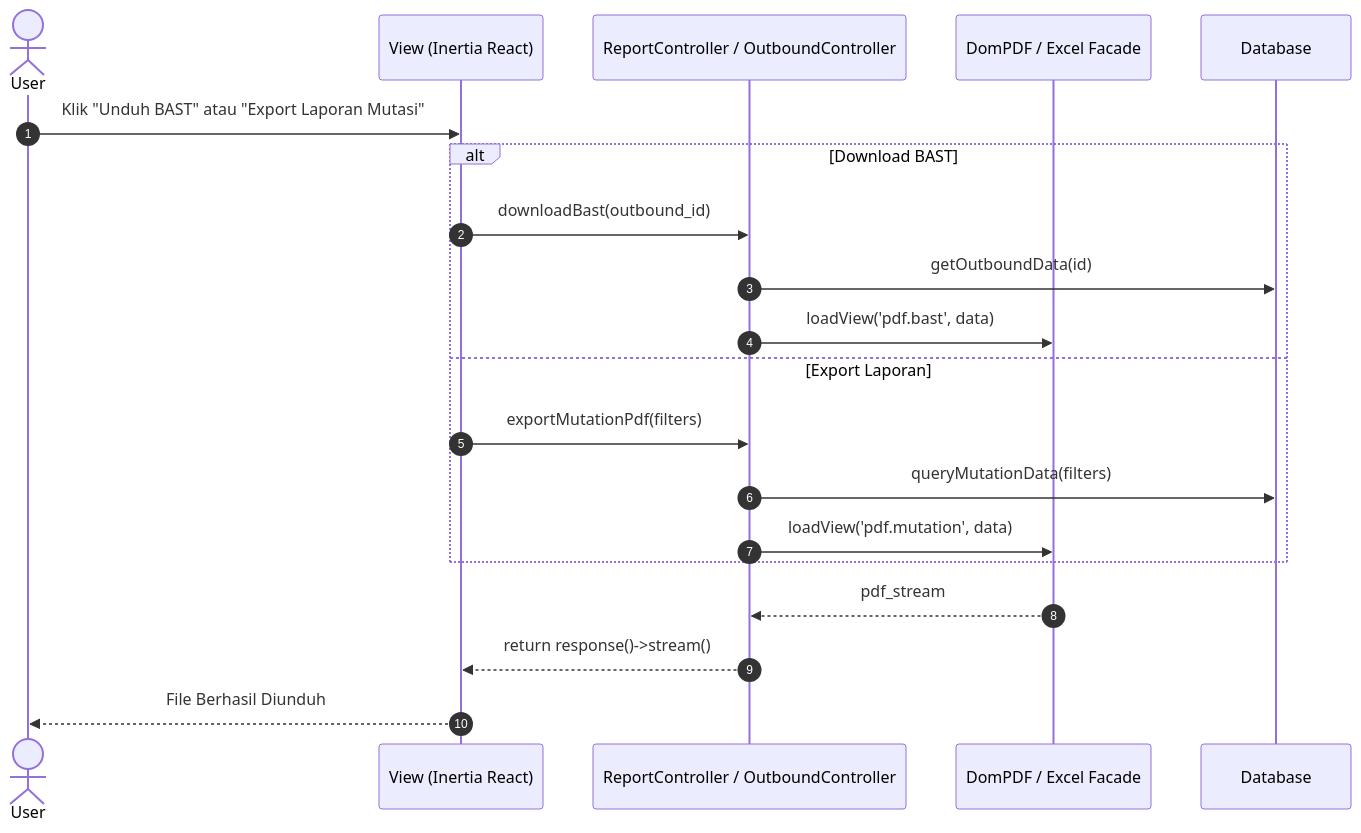
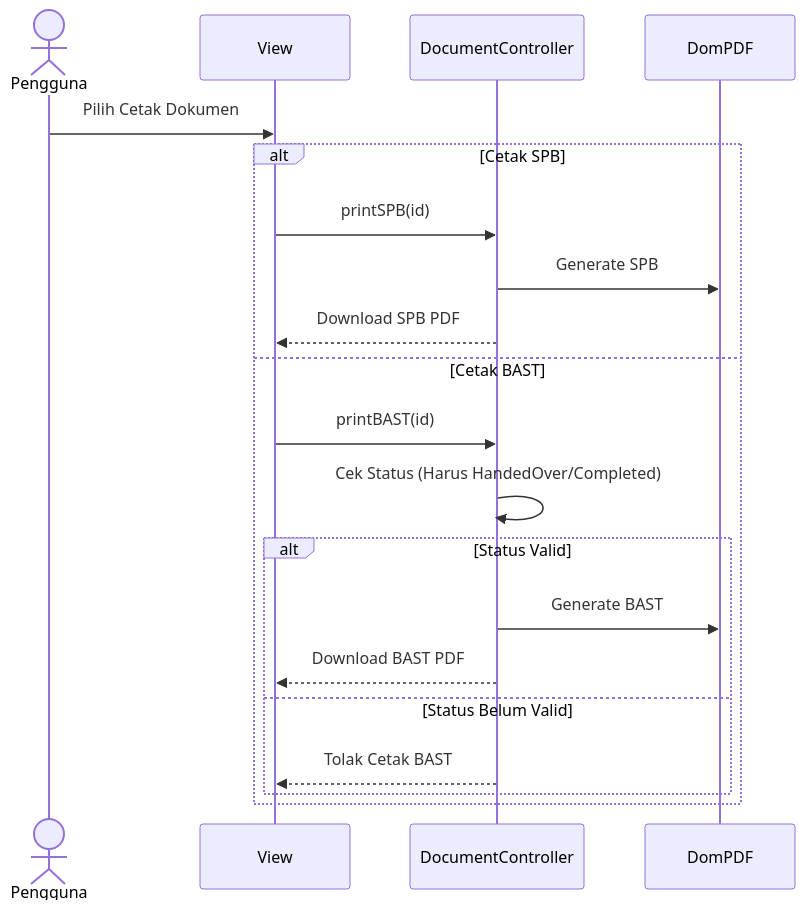
The tenth of 14 diagrams in laporan_sequence_diagram.md (wahyu2021/SIMPATIK), drawn with Mermaid before and after one commit. The commit also changed other lines of this file and 34 other files, not shown here.

````diff
--- a/laporan_sequence_diagram.md
+++ b/laporan_sequence_diagram.md
@@ -184,25 +256,24 @@
 ```mermaid
 sequenceDiagram
-    autonumber
-    actor U as User
-    participant V as View (Inertia React)
-    participant C as ReportController / OutboundController
-    participant PDF as DomPDF / Excel Facade
-    participant DB as Database
+    actor U as Pengguna
+    participant V as View
+    participant C as DocumentController
+    participant PDF as DomPDF
 
-    U->>V: Klik "Unduh BAST" atau "Export Laporan Mutasi"
+    U->>V: Pilih Cetak Dokumen
     
-    alt Download BAST
-        V->>C: downloadBast(outbound_id)
-        C->>DB: getOutboundData(id)
-        C->>PDF: loadView('pdf.bast', data)
-    else Export Laporan
-        V->>C: exportMutationPdf(filters)
-        C->>DB: queryMutationData(filters)
-        C->>PDF: loadView('pdf.mutation', data)
+    alt Cetak SPB
+        V->>C: printSPB(id)
+        C->>PDF: Generate SPB
+        C-->>V: Download SPB PDF
+    else Cetak BAST
+        V->>C: printBAST(id)
+        C->>C: Cek Status (Harus HandedOver/Completed)
+        alt Status Valid
+            C->>PDF: Generate BAST
+            C-->>V: Download BAST PDF
+        else Status Belum Valid
+            C-->>V: Tolak Cetak BAST
+        end
     end
-    
-    PDF-->>C: pdf_stream
-    C-->>V: return response()->stream()
-    V-->>U: File Berhasil Diunduh
 ```
````
